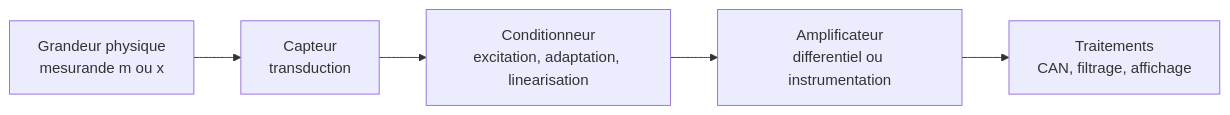
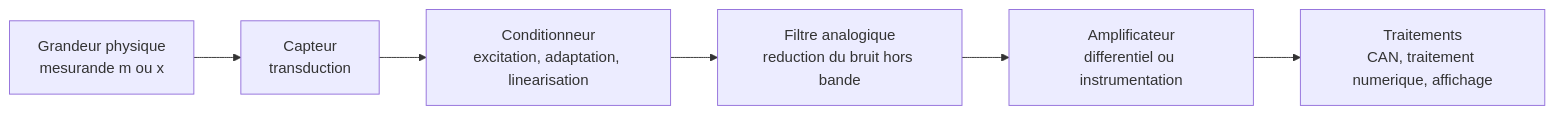
The first of 2 diagrams in content/EP425-Capteur/cours.md (matheo-guillevic/REVISION), drawn with Mermaid before and after one commit.

Commit message:
EP425 correctif mermaid 2

````diff
--- a/content/EP425-Capteur/cours.md
+++ b/content/EP425-Capteur/cours.md
@@ -45,7 +45,8 @@
 ```mermaid
 flowchart LR
   A[Grandeur physique<br/>mesurande m ou x] --> B[Capteur<br/>transduction]
   B --> C[Conditionneur<br/>excitation, adaptation, linearisation]
-  C --> D[Amplificateur<br/>differentiel ou instrumentation]
-  D --> E[Traitements<br/>CAN, filtrage, affichage]
+  C --> D[Filtre analogique<br/>reduction du bruit hors bande]
+  D --> E[Amplificateur<br/>differentiel ou instrumentation]
+  E --> F[Traitements<br/>CAN, traitement numerique, affichage]
 ```
````
